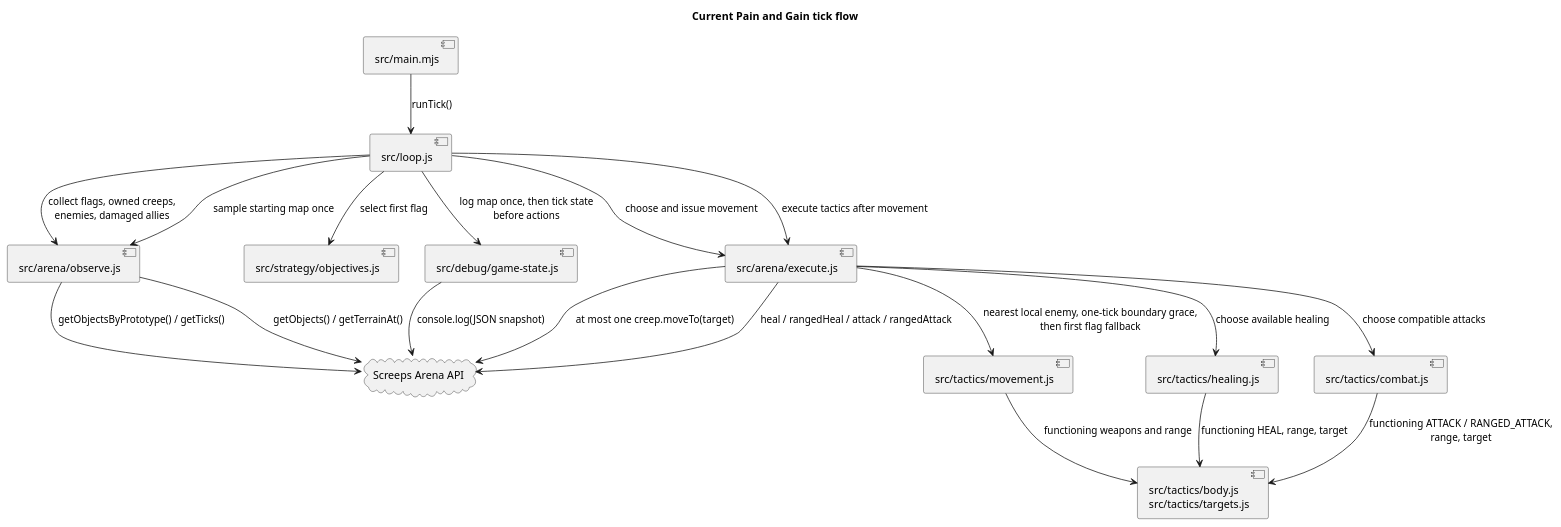
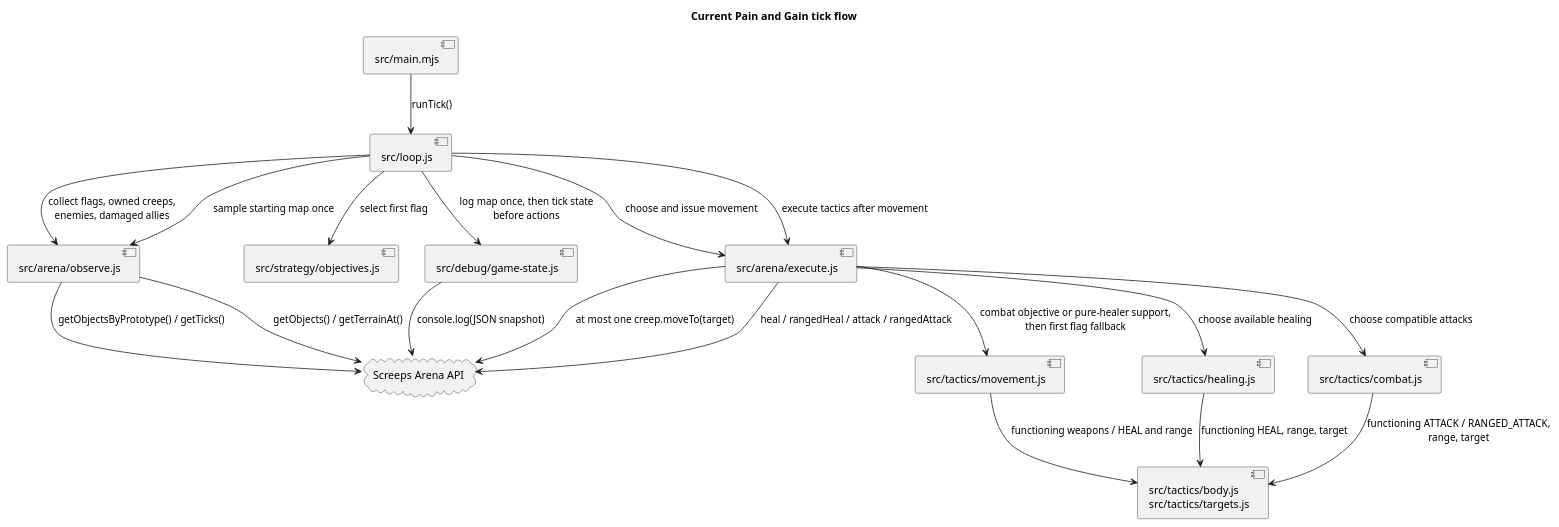
One commit to zolcsika71/pain_and_gain changed the diagram in docs/diagrams/tick-flow.puml. Above: the diagram before and after it, drawn with PlantUML. The commit also changed 7 other files, not shown here.

Commit message:
Add bounded healer support positioning

```diff
--- a/docs/diagrams/tick-flow.puml
+++ b/docs/diagrams/tick-flow.puml
@@ -1,35 +1,35 @@
 @startuml
 title Current Pain and Gain tick flow
 
 component "src/main.mjs" as Main
 component "src/loop.js" as Loop
 component "src/arena/observe.js" as Observe
 component "src/strategy/objectives.js" as Objectives
 component "src/debug/game-state.js" as Debug
 component "src/arena/execute.js" as Execute
 component "src/tactics/movement.js" as Movement
 component "src/tactics/healing.js" as Healing
 component "src/tactics/combat.js" as Combat
 component "src/tactics/body.js\nsrc/tactics/targets.js" as Eligibility
 cloud "Screeps Arena API" as API
 
 Main --> Loop : runTick()
 Loop --> Observe : collect flags, owned creeps,\nenemies, damaged allies
 Observe --> API : getObjectsByPrototype() / getTicks()
 Loop --> Objectives : select first flag
 Loop --> Observe : sample starting map once
 Observe --> API : getObjects() / getTerrainAt()
 Loop --> Debug : log map once, then tick state\nbefore actions
 Debug --> API : console.log(JSON snapshot)
 Loop --> Execute : choose and issue movement
-Execute --> Movement : nearest local enemy, one-tick boundary grace,\nthen first flag fallback
-Movement --> Eligibility : functioning weapons and range
+Execute --> Movement : combat objective or pure-healer support,\nthen first flag fallback
+Movement --> Eligibility : functioning weapons / HEAL and range
 Execute --> API : at most one creep.moveTo(target)
 Loop --> Execute : execute tactics after movement
 Execute --> Healing : choose available healing
 Execute --> Combat : choose compatible attacks
 Healing --> Eligibility : functioning HEAL, range, target
 Combat --> Eligibility : functioning ATTACK / RANGED_ATTACK,\nrange, target
 Execute --> API : heal / rangedHeal / attack / rangedAttack
 
 @enduml
```
